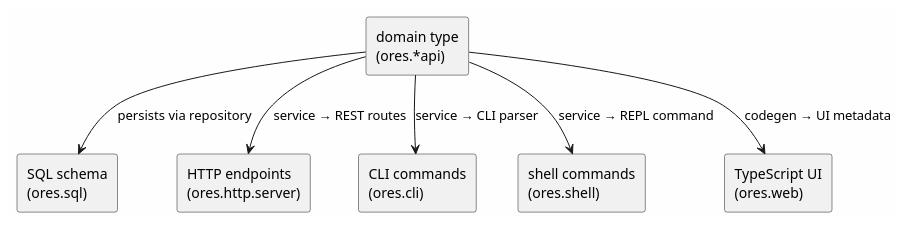
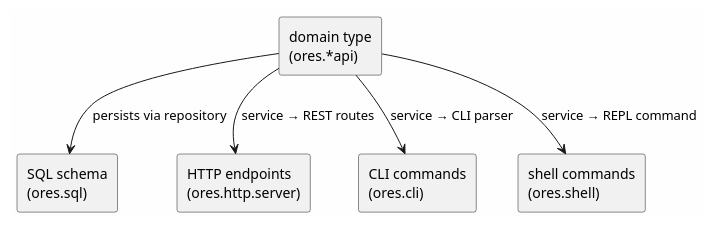
The diagram in projects/modeling/entity_lifecycle.org (OreStudio/OreStudio), drawn with PlantUML before and after one commit. The commit also changed other lines of this file and 134 other files, not shown here.

First line of the commit message:
[docs] Retire the TypeScript UI from the documentation

```diff
--- a/projects/modeling/entity_lifecycle.org
+++ b/projects/modeling/entity_lifecycle.org
@@ -28,19 +28,17 @@
 #+begin_src plantuml :file entity_lifecycle.png
 @startuml
 skinparam backgroundColor #FEFEFE
 skinparam componentStyle rectangle
 
 [domain type\n(ores.*api)] as D
 [SQL schema\n(ores.sql)] as S
 [HTTP endpoints\n(ores.http.server)] as H
 [CLI commands\n(ores.cli)] as C
 [shell commands\n(ores.shell)] as SH
-[TypeScript UI\n(ores.web)] as T
 
 D --> S  : persists via repository
 D --> H  : service → REST routes
 D --> C  : service → CLI parser
 D --> SH : service → REPL command
-D --> T  : codegen → UI metadata
 @enduml
 #+end_src
```
